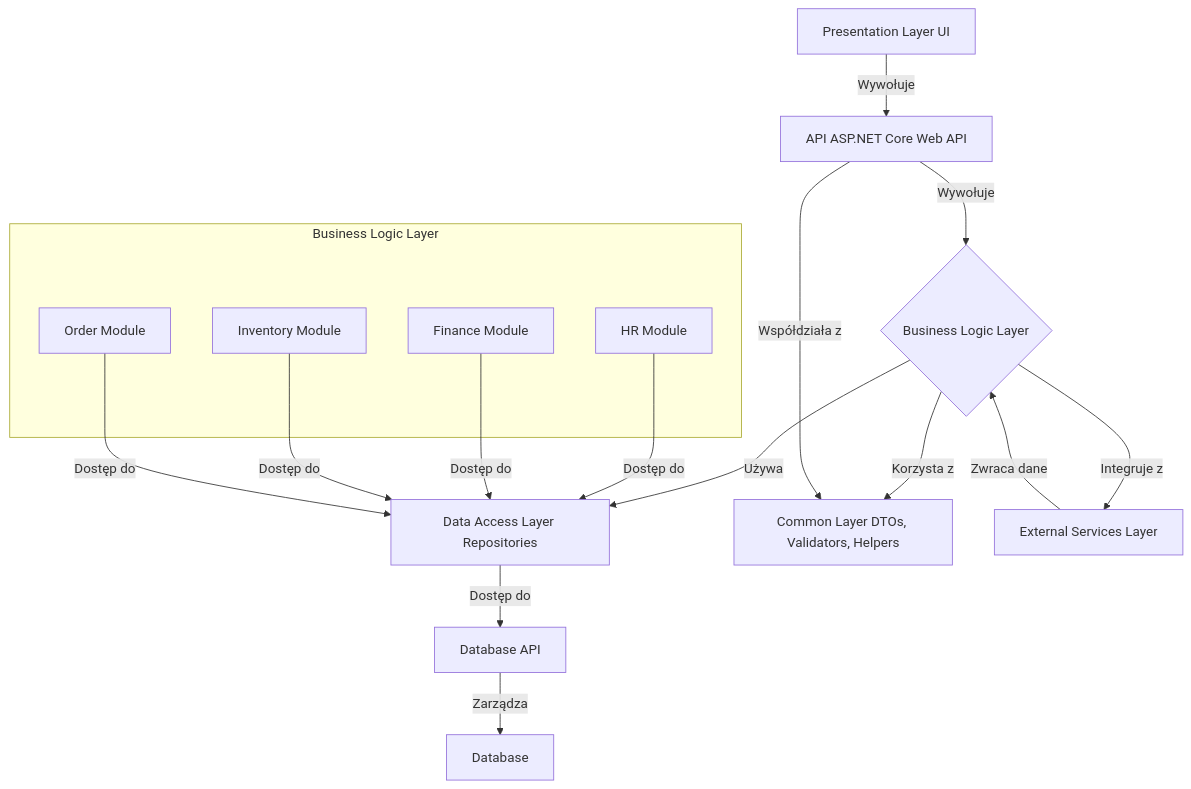
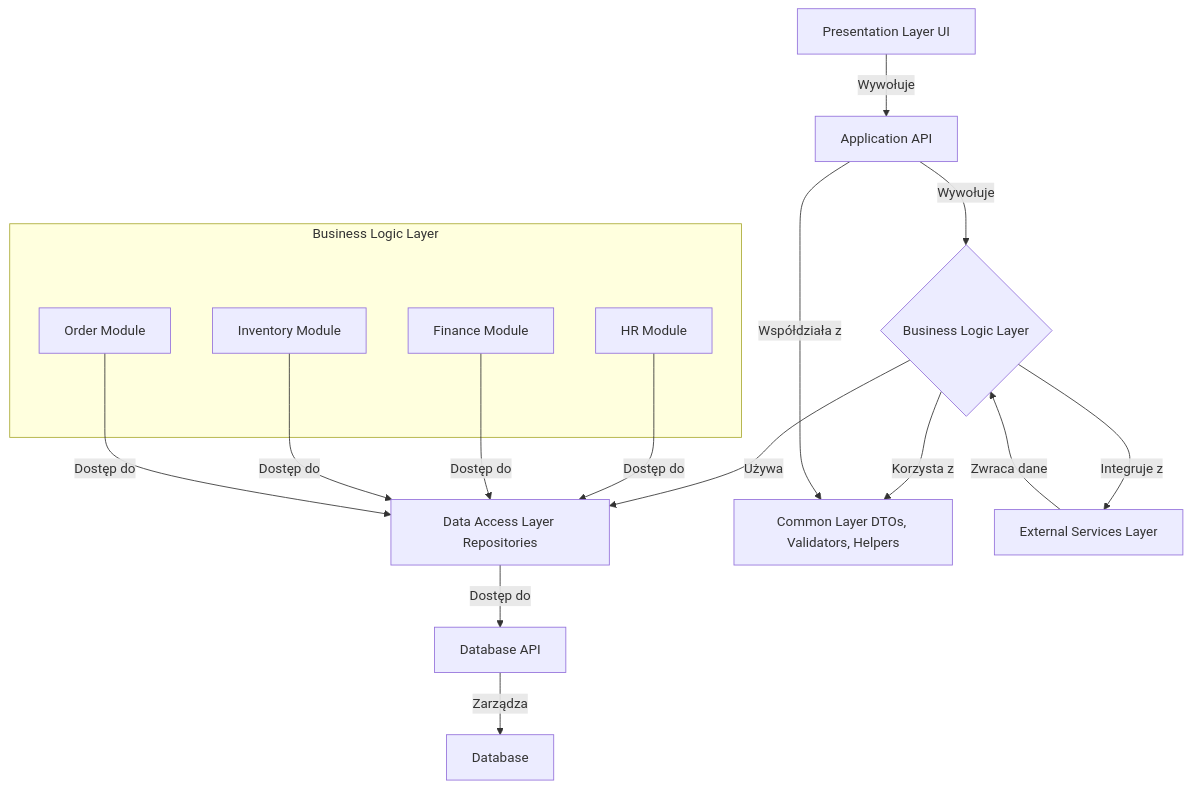
Before and after one commit to Rado070199/Aquilo: the diagram in README.md, drawn with Mermaid. The commit also changed other lines of this file and 39 other files, not shown here.

````diff
--- a/README.md
+++ b/README.md
@@ -15,27 +33,27 @@
 ```mermaid
 graph TD
-    A[Presentation Layer UI] -->|Wywołuje| API[API ASP.NET Core Web API]
+    A[Presentation Layer UI] -->|Wywołuje| API[Application API]
     
     subgraph Business Logic Layer
         B1[HR Module] 
         B2[Finance Module]
         B3[Inventory Module]
         B4[Order Module]
     end
     
     API -->|Wywołuje| B{Business Logic Layer}
     
     B -->|Używa| C[Data Access Layer Repositories]
     C -->|Dostęp do| DB[Database API]
     DB -->|Zarządza| D[Database]
     B -->|Korzysta z| E[Common Layer DTOs, Validators, Helpers]
     API -->|Współdziała z| E
     B -->|Integruje z| F[External Services Layer]
     F -->|Zwraca dane| B
 
     %% Połączenia między modułami a warstwą logiki biznesowej
     B1 -->|Dostęp do| C
     B2 -->|Dostęp do| C
     B3 -->|Dostęp do| C
     B4 -->|Dostęp do| C
 ```
````
